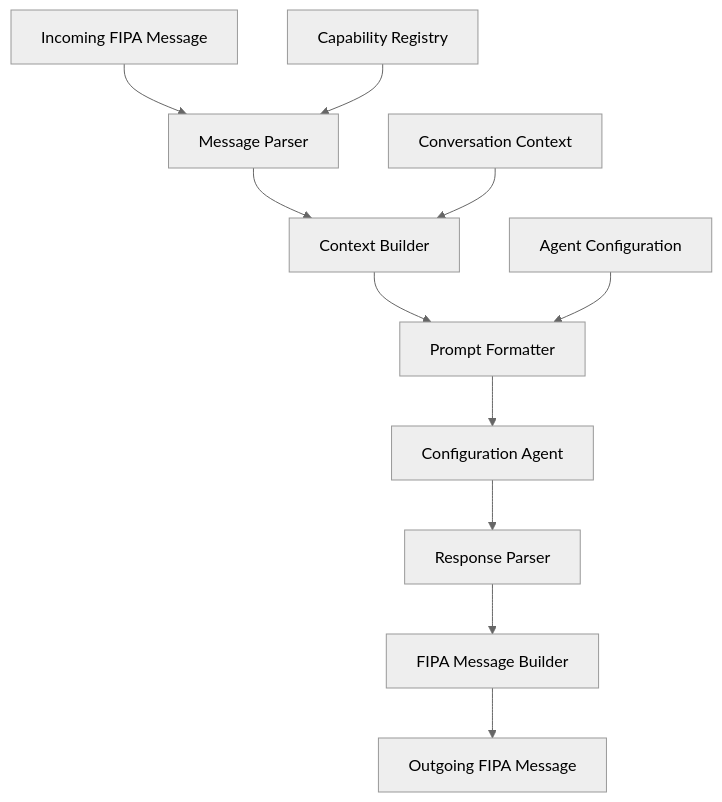
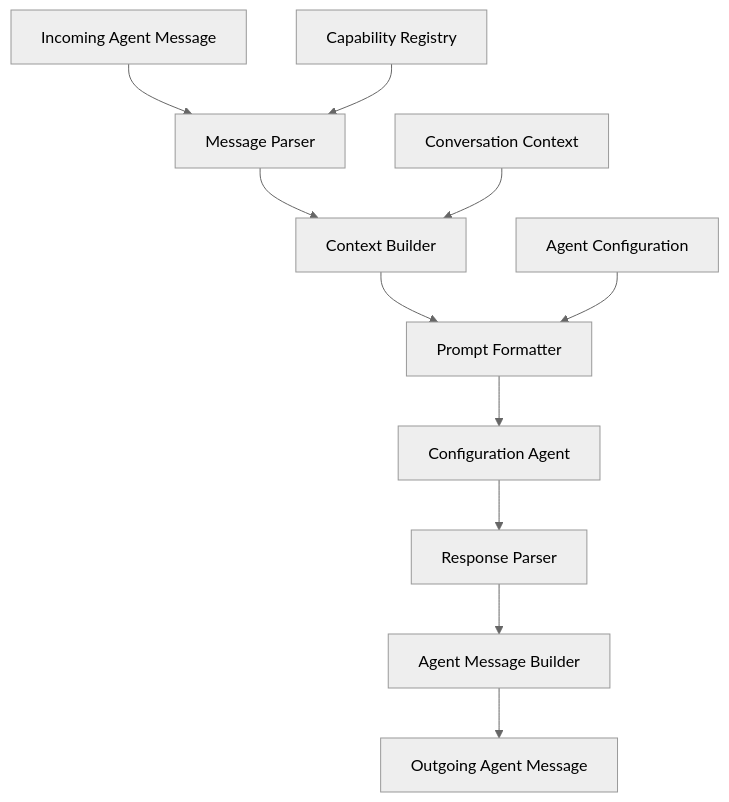
One commit to jwilger/caxton changed the diagram in docs/_messaging/config-agent-integration.md. Above: the diagram before and after it, drawn with Mermaid (neutral theme). The commit also changed other lines of this file and 84 other files, not shown here.

````diff
--- a/docs/_messaging/config-agent-integration.md
+++ b/docs/_messaging/config-agent-integration.md
@@ -25,14 +25,14 @@
 ```mermaid
 graph TD
-    A[Incoming FIPA Message] --> B[Message Parser]
+    A[Incoming Agent Message] --> B[Message Parser]
     B --> C[Context Builder]
     C --> D[Prompt Formatter]
     D --> E[Configuration Agent]
     E --> F[Response Parser]
-    F --> G[FIPA Message Builder]
-    G --> H[Outgoing FIPA Message]
+    F --> G[Agent Message Builder]
+    G --> H[Outgoing Agent Message]
 
     I[Conversation Context] --> C
     J[Agent Configuration] --> D
     K[Capability Registry] --> B
 ```
````
